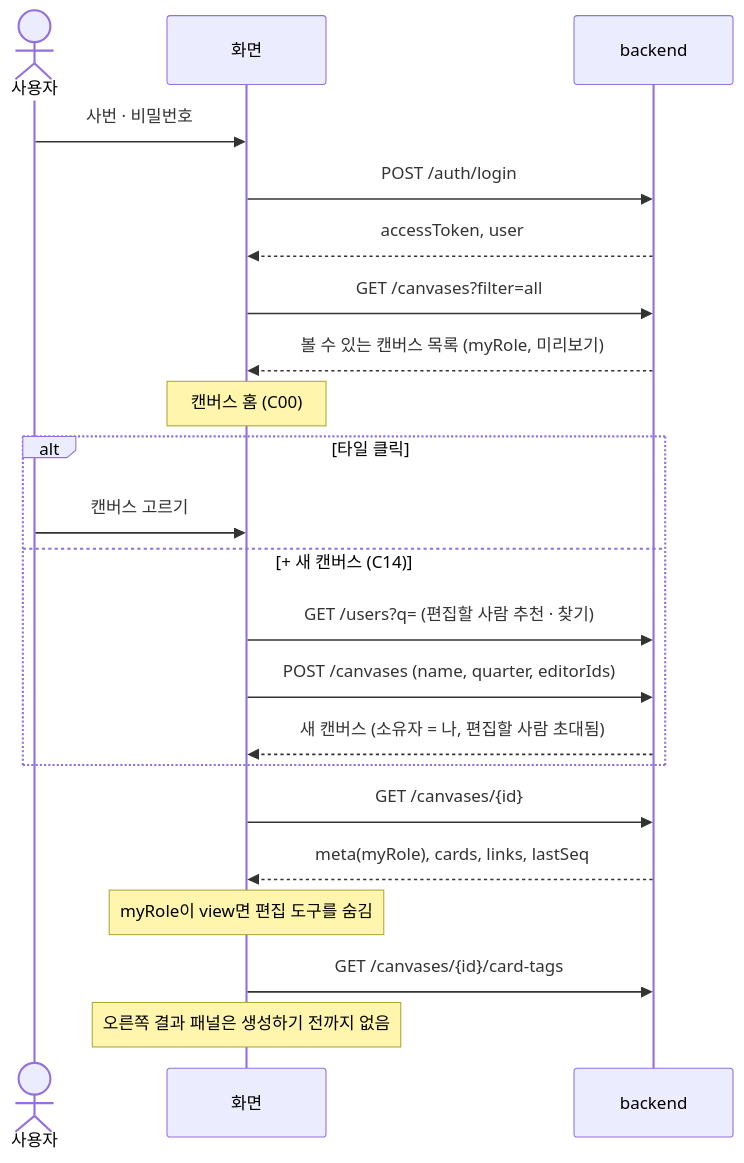
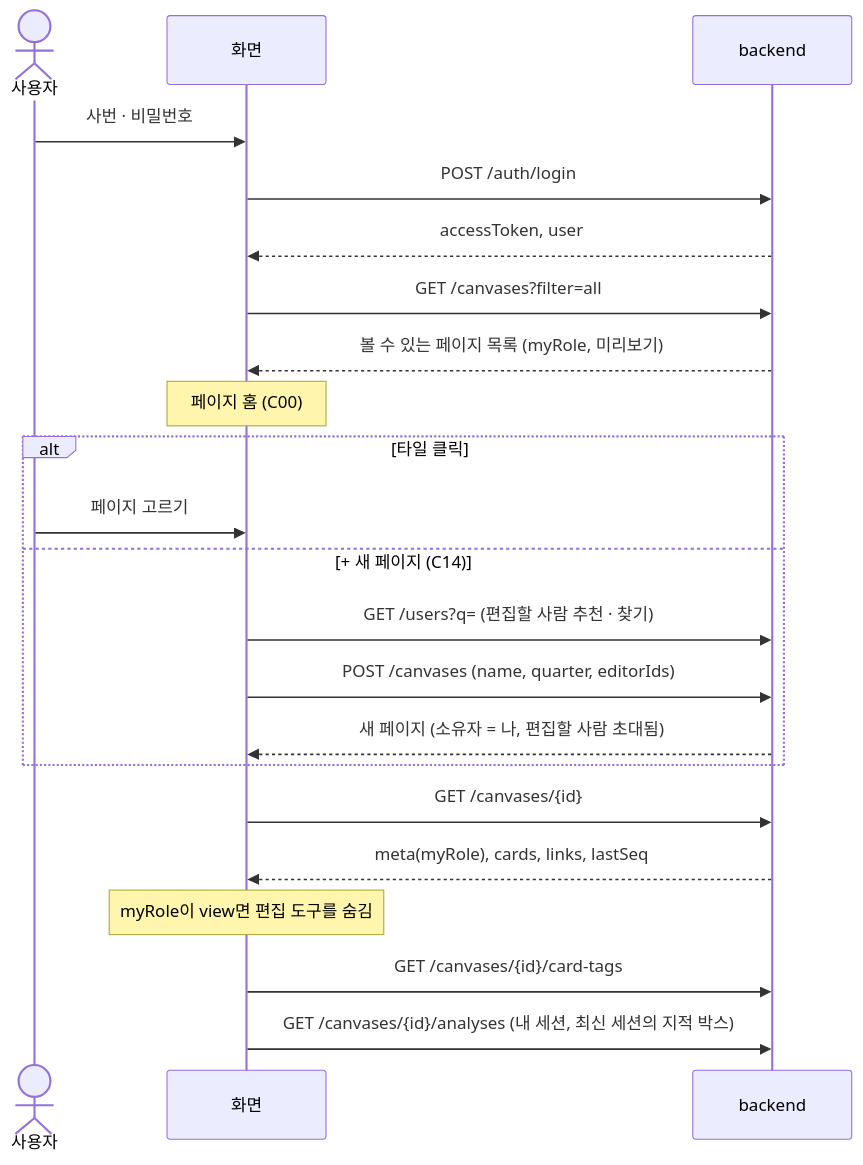
The second of 7 diagrams in docs/frontend/api-diagram.md (vamos-team/telescope), drawn with Mermaid before and after one commit. The commit also changed other lines of this file and 8 other files, not shown here.

````diff
--- a/docs/frontend/api-diagram.md
+++ b/docs/frontend/api-diagram.md
@@ -53,25 +53,25 @@
 ```mermaid
 sequenceDiagram
   actor U as 사용자
   participant F as 화면
   participant B as backend
 
   U->>F: 사번 · 비밀번호
   F->>B: POST /auth/login
   B-->>F: accessToken, user
   F->>B: GET /canvases?filter=all
-  B-->>F: 볼 수 있는 캔버스 목록 (myRole, 미리보기)
-  Note over F: 캔버스 홈 (C00)
+  B-->>F: 볼 수 있는 페이지 목록 (myRole, 미리보기)
+  Note over F: 페이지 홈 (C00)
   alt 타일 클릭
-    U->>F: 캔버스 고르기
-  else + 새 캔버스 (C14)
+    U->>F: 페이지 고르기
+  else + 새 페이지 (C14)
     F->>B: GET /users?q= (편집할 사람 추천 · 찾기)
     F->>B: POST /canvases (name, quarter, editorIds)
-    B-->>F: 새 캔버스 (소유자 = 나, 편집할 사람 초대됨)
+    B-->>F: 새 페이지 (소유자 = 나, 편집할 사람 초대됨)
   end
   F->>B: GET /canvases/{id}
   B-->>F: meta(myRole), cards, links, lastSeq
   Note over F: myRole이 view면 편집 도구를 숨김
   F->>B: GET /canvases/{id}/card-tags
-  Note over F: 오른쪽 결과 패널은 생성하기 전까지 없음
+  F->>B: GET /canvases/{id}/analyses (내 세션, 최신 세션의 지적 박스)
 ```
````
